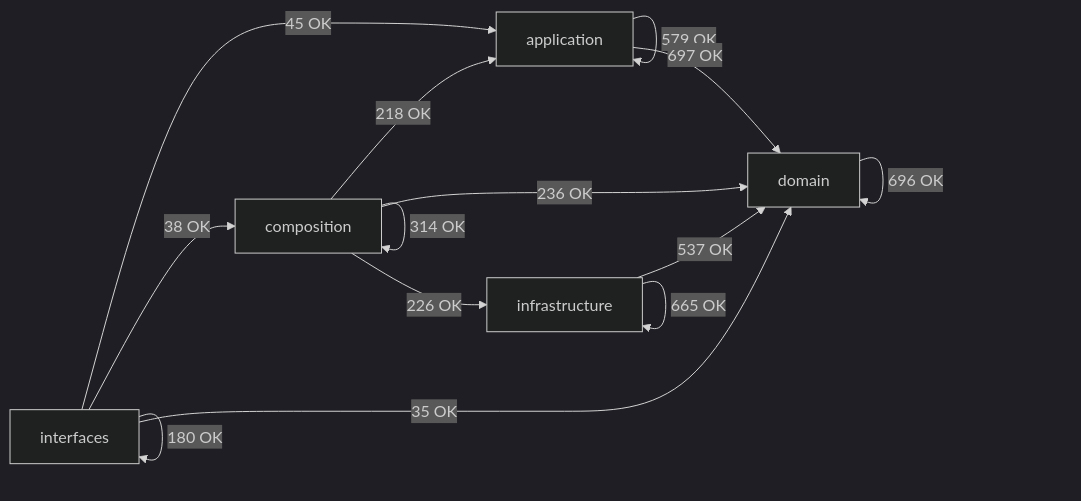
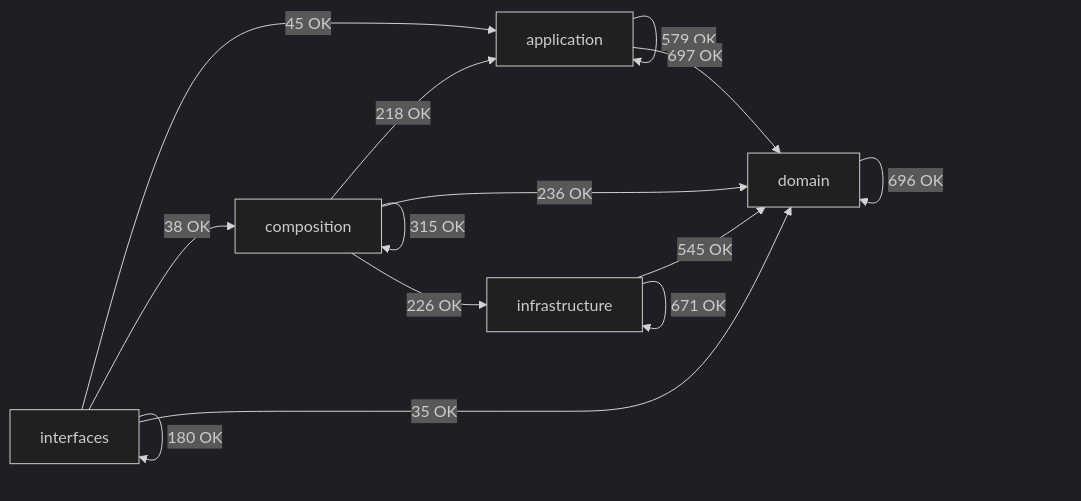
Before and after one commit to SatoryKono/BioactivityDataAcquisition: the diagram in docs/02-architecture/generated/module-dependency-map.md, drawn with Mermaid (dark theme). The commit also changed other lines of this file and 85 other files, not shown here.

````diff
--- a/docs/02-architecture/generated/module-dependency-map.md
+++ b/docs/02-architecture/generated/module-dependency-map.md
@@ -16,21 +16,21 @@
 ```mermaid
 flowchart LR
     domain[domain]
     application[application]
     infrastructure[infrastructure]
     composition[composition]
     interfaces[interfaces]
     application -->|579 OK| application
     application -->|697 OK| domain
     composition -->|218 OK| application
-    composition -->|314 OK| composition
+    composition -->|315 OK| composition
     composition -->|236 OK| domain
     composition -->|226 OK| infrastructure
     domain -->|696 OK| domain
-    infrastructure -->|537 OK| domain
-    infrastructure -->|665 OK| infrastructure
+    infrastructure -->|545 OK| domain
+    infrastructure -->|671 OK| infrastructure
     interfaces -->|45 OK| application
     interfaces -->|38 OK| composition
     interfaces -->|35 OK| domain
     interfaces -->|180 OK| interfaces
 ```
````
